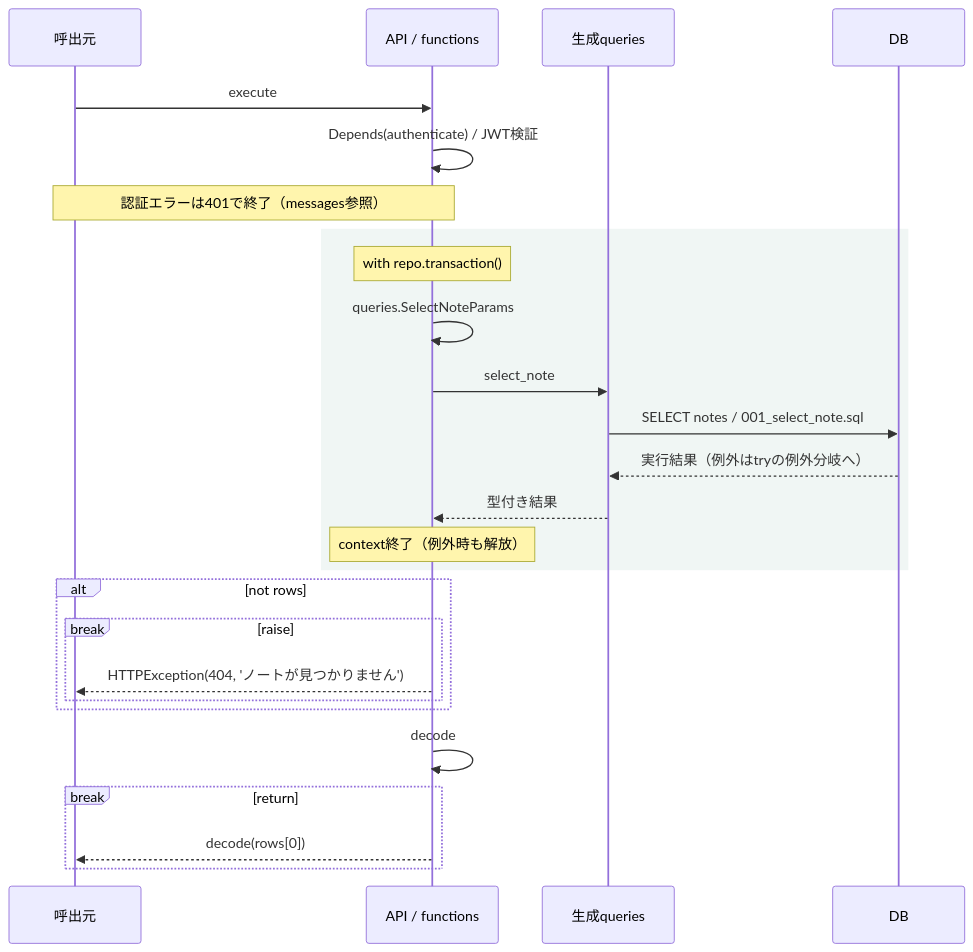
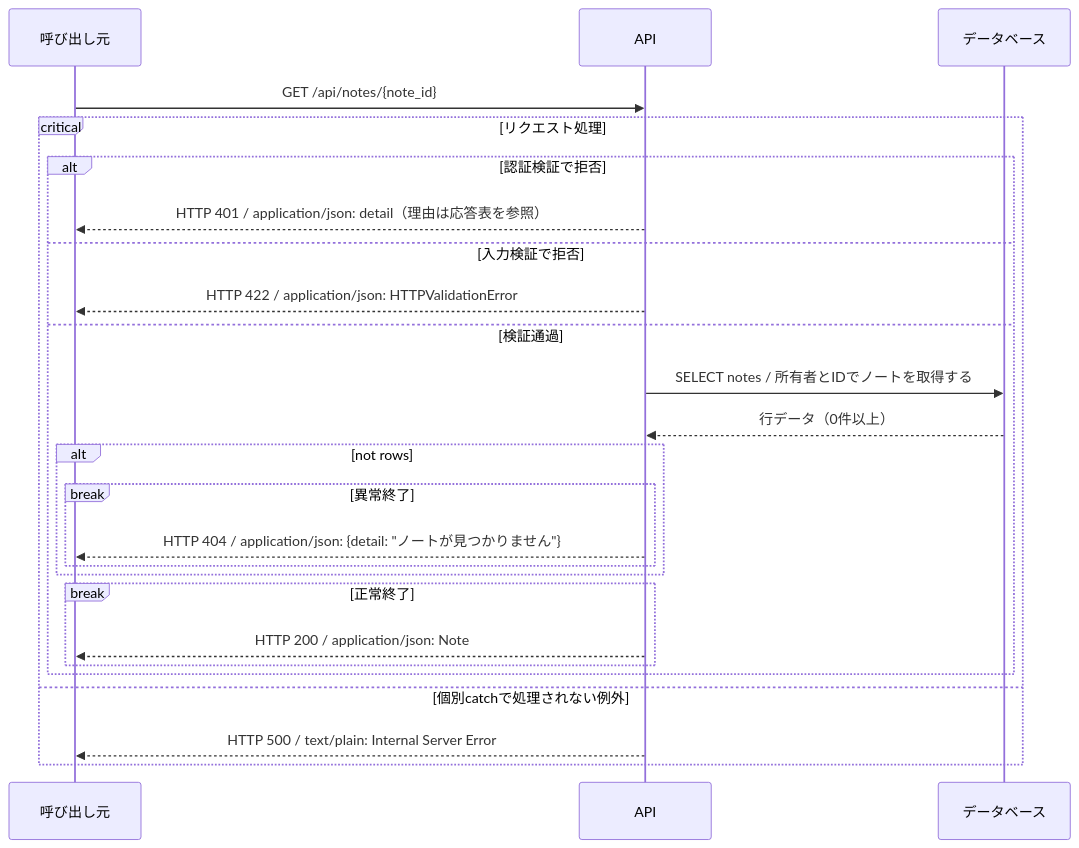
The diagram in docs/generated/apis/get_note/sequence.gen.md (tsuji-tomonori/CornellNoteWebv2), drawn with Mermaid before and after one commit. The commit also changed other lines of this file and 30 other files, not shown here.

First line of the commit message:
📝 docs(sequence): API・DB・呼出元の分岐とHTTP応答を明確にする

````diff
--- a/docs/generated/apis/get_note/sequence.gen.md
+++ b/docs/generated/apis/get_note/sequence.gen.md
@@ -13,28 +22,27 @@
 ```mermaid
 sequenceDiagram
-    participant C as 呼出元
-    participant A as API / functions
-    participant Q as 生成queries
-    participant D as DB
-    C->>A: execute
-    A->>A: Depends(authenticate) / JWT検証
-    Note over C,A: 認証エラーは401で終了（messages参照）
-    rect rgb(240, 246, 244)
-    Note over A: with repo.transaction()
-    A->>A: queries.SelectNoteParams
-    A->>Q: select_note
-    Q->>D: SELECT notes / 001_select_note.sql
-    D-->>Q: 実行結果（例外はtryの例外分岐へ）
-    Q-->>A: 型付き結果
-    Note over A: context終了（例外時も解放）
-    end
+    participant C as 呼び出し元
+    participant A as API
+    participant D as データベース
+    C->>A: GET /api/notes/{note_id}
+    critical リクエスト処理
+    alt 認証検証で拒否
+    A-->>C: HTTP 401 / application/json: detail（理由は応答表を参照）
+    else 入力検証で拒否
+    A-->>C: HTTP 422 / application/json: HTTPValidationError
+    else 検証通過
+    A->>D: SELECT notes / 所有者とIDでノートを取得する
+    D-->>A: 行データ（0件以上）
     alt not rows
-    break raise
-    A-->>C: HTTPException(404, 'ノートが見つかりません')
+    break 異常終了
+    A-->>C: HTTP 404 / application/json: {detail: #quot;ノートが見つかりません#quot;}
     end
     end
-    A->>A: decode
-    break return
-    A-->>C: decode(rows[0])
+    break 正常終了
+    A-->>C: HTTP 200 / application/json: Note
+    end
+    end
+    option 個別catchで処理されない例外
+    A-->>C: HTTP 500 / text/plain: Internal Server Error
     end
 ```
````
